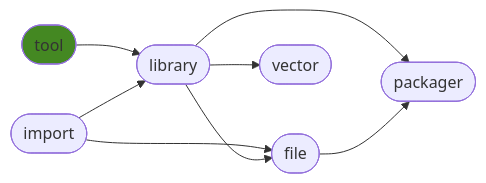
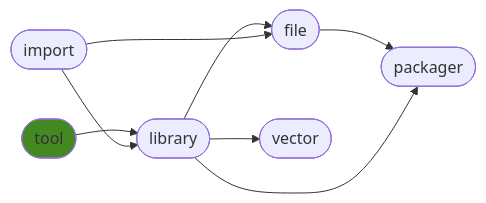
One commit to ManderaGeneral/generaltool changed the diagram in README.md. Above: the diagram before and after it, drawn with Mermaid. The commit also changed other lines of this file, not shown here.

````diff
--- a/README.md
+++ b/README.md
@@ -23,17 +23,17 @@
 ```mermaid
 flowchart LR
+2([library]) --> 4([vector])
+1([tool]) --> 2([library])
+3([file]) --> 5([packager])
+2([library]) --> 3([file])
+0([import]) --> 2([library])
+0([import]) --> 3([file])
 2([library]) --> 5([packager])
-2([library]) --> 4([vector])
-3([file]) --> 5([packager])
-0([import]) --> 3([file])
-1([tool]) --> 2([library])
-0([import]) --> 2([library])
-2([library]) --> 3([file])
 click 0 "https://github.com/ManderaGeneral/generalimport"
 click 1 "https://github.com/ManderaGeneral/generaltool"
 click 2 "https://github.com/ManderaGeneral/generallibrary"
 click 3 "https://github.com/ManderaGeneral/generalfile"
 click 4 "https://github.com/ManderaGeneral/generalvector"
 click 5 "https://github.com/ManderaGeneral/generalpackager"
 style 1 fill:#482
 ```
````
